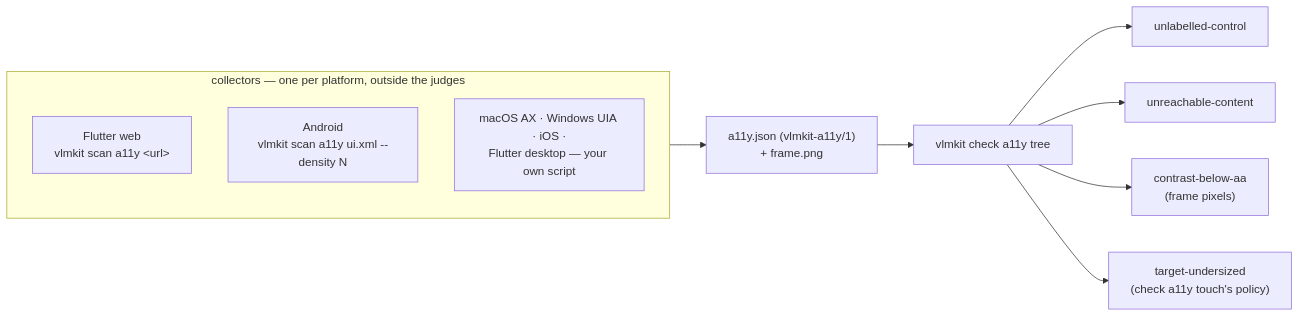
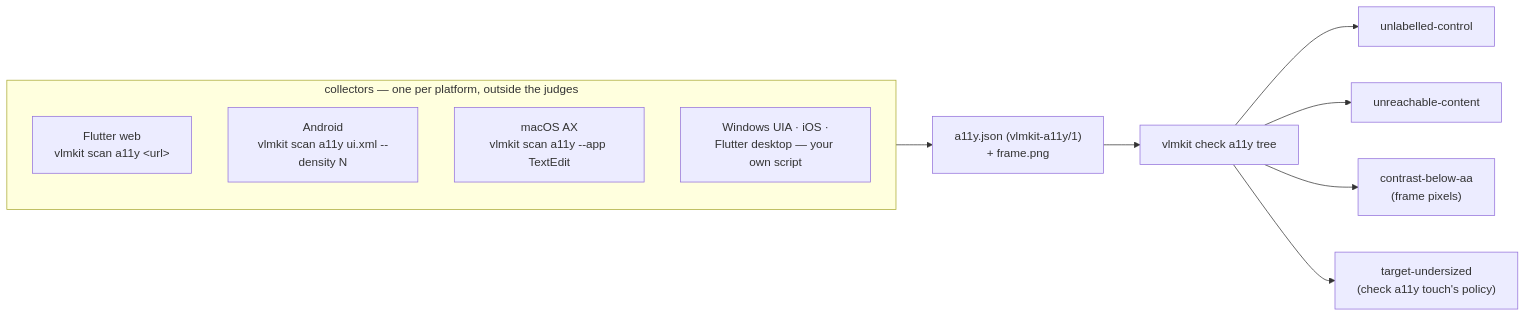
One commit to mizchi/vlmkit changed the diagram in docs/a11y-tree.md. Above: the diagram before and after it, drawn with Mermaid. The commit also changed other lines of this file and 20 other files, not shown here.

First line of the commit message:
scan a11y --app: collect and judge a macOS window's Accessibility tree (#193)

````diff
--- a/docs/a11y-tree.md
+++ b/docs/a11y-tree.md
@@ -11,14 +12,15 @@
 ```mermaid
 flowchart LR
   subgraph collectors["collectors — one per platform, outside the judges"]
     fw["Flutter web<br/>vlmkit scan a11y &lt;url&gt;"]
     an["Android<br/>vlmkit scan a11y ui.xml --density N"]
-    other["macOS AX · Windows UIA · iOS ·<br/>Flutter desktop — your own script"]
+    mac["macOS AX<br/>vlmkit scan a11y --app TextEdit"]
+    other["Windows UIA · iOS ·<br/>Flutter desktop — your own script"]
   end
   collectors --> tree["a11y.json (vlmkit-a11y/1)<br/>+ frame.png"]
   tree --> check["vlmkit check a11y tree"]
   check --> r1["unlabelled-control"]
   check --> r2["unreachable-content"]
   check --> r3["contrast-below-aa<br/>(frame pixels)"]
   check --> r4["target-undersized<br/>(check a11y touch's policy)"]
 ```
````
